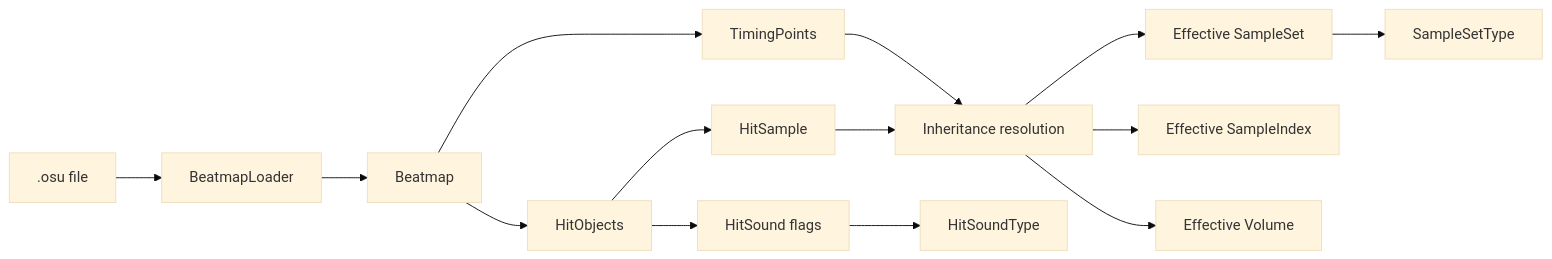
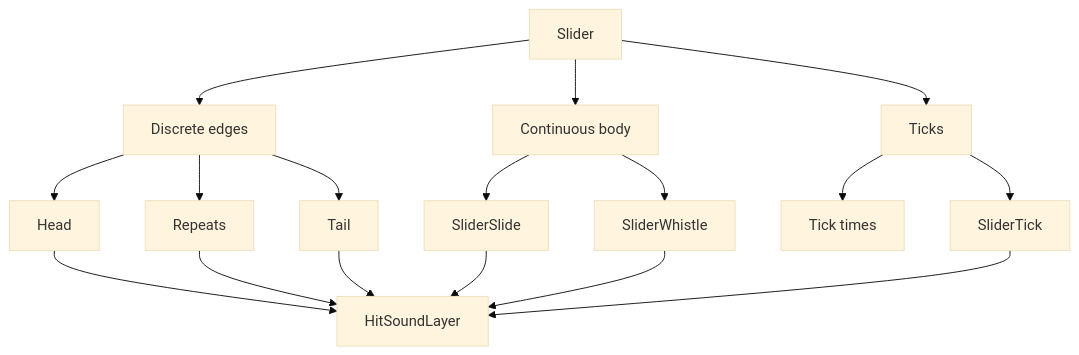
The ninth of 11 diagrams in docs/architecture.md (FAJIFBEFJHA/osu-hitsound-editor), drawn with Mermaid (base theme) before and after one commit. The commit also changed other lines of this file and 16 other files, not shown here.

````diff
--- a/docs/architecture.md
+++ b/docs/architecture.md
@@ -277,26 +599,24 @@
 ```mermaid
-flowchart LR
+flowchart TD
 
-    A[.osu file]
+    A[Slider] --> B[Discrete edges]
+    A --> C[Continuous body]
+    A --> D[Ticks]
 
-    A --> B[BeatmapLoader]
+    B --> E[Head]
+    B --> F[Repeats]
+    B --> G[Tail]
 
-    B --> C[Beatmap]
+    C --> H[SliderSlide]
+    C --> I[SliderWhistle]
 
-    C --> D[TimingPoints]
-    C --> E[HitObjects]
+    D --> J[Tick times]
+    D --> K[SliderTick]
 
-    E --> F[HitSample]
-
-    D --> G[Inheritance resolution]
-    F --> G
-
-    G --> H[Effective SampleSet]
-    G --> I[Effective SampleIndex]
-    G --> J[Effective Volume]
-
-    E --> K[HitSound flags]
-
-    K --> L[HitSoundType]
-    H --> M[SampleSetType]
+    E --> L[HitSoundLayer]
+    F --> L
+    G --> L
+    H --> L
+    I --> L
+    K --> L
 ```
````
